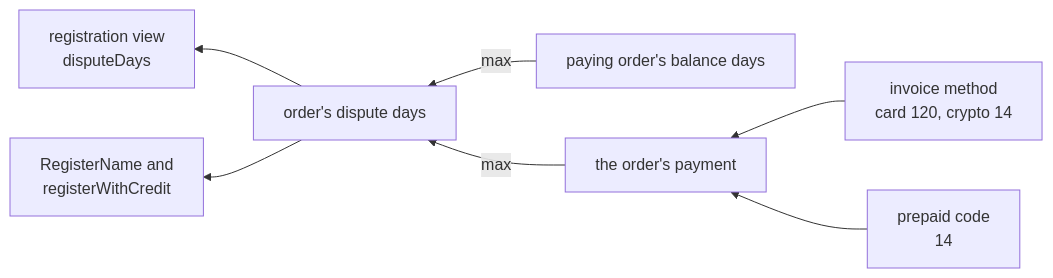
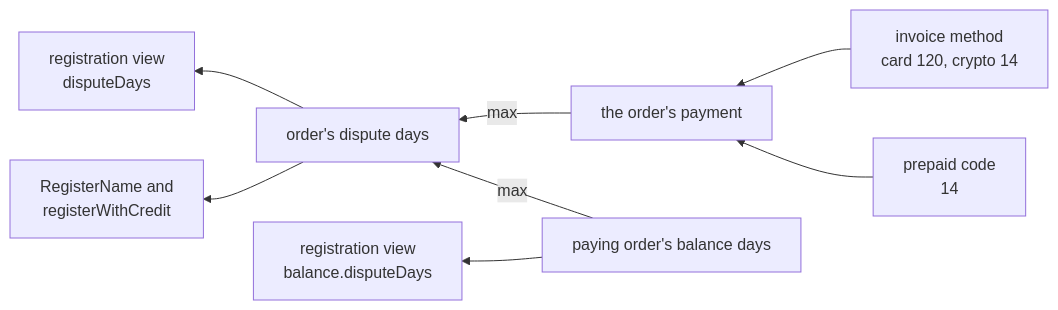
One commit to simplex-chat/simplex-chat changed the first of 4 diagrams in plans/2026-11-20-names-dispute-days.md. Above: the diagram before and after it, drawn with Mermaid. The commit also changed other lines of this file and 2 other files, not shown here.

Commit message:
store: document balance days, ended orders' rows, sweep reads and gas

````diff
--- a/plans/2026-11-20-names-dispute-days.md
+++ b/plans/2026-11-20-names-dispute-days.md
@@ -68,9 +71,10 @@
 ```mermaid
 flowchart RL
   method["invoice method<br>card 120, crypto 14"] --> own["the order's payment"]
   code["prepaid code<br>14"] --> own
   source["paying order's balance days"] -->|"max"| days["order's dispute days"]
+  source --> balanceView["registration view<br>balance.disputeDays"]
   own -->|"max"| days
   days --> view["registration view<br>disputeDays"]
   days --> intent["RegisterName and<br>registerWithCredit"]
 ```
````
